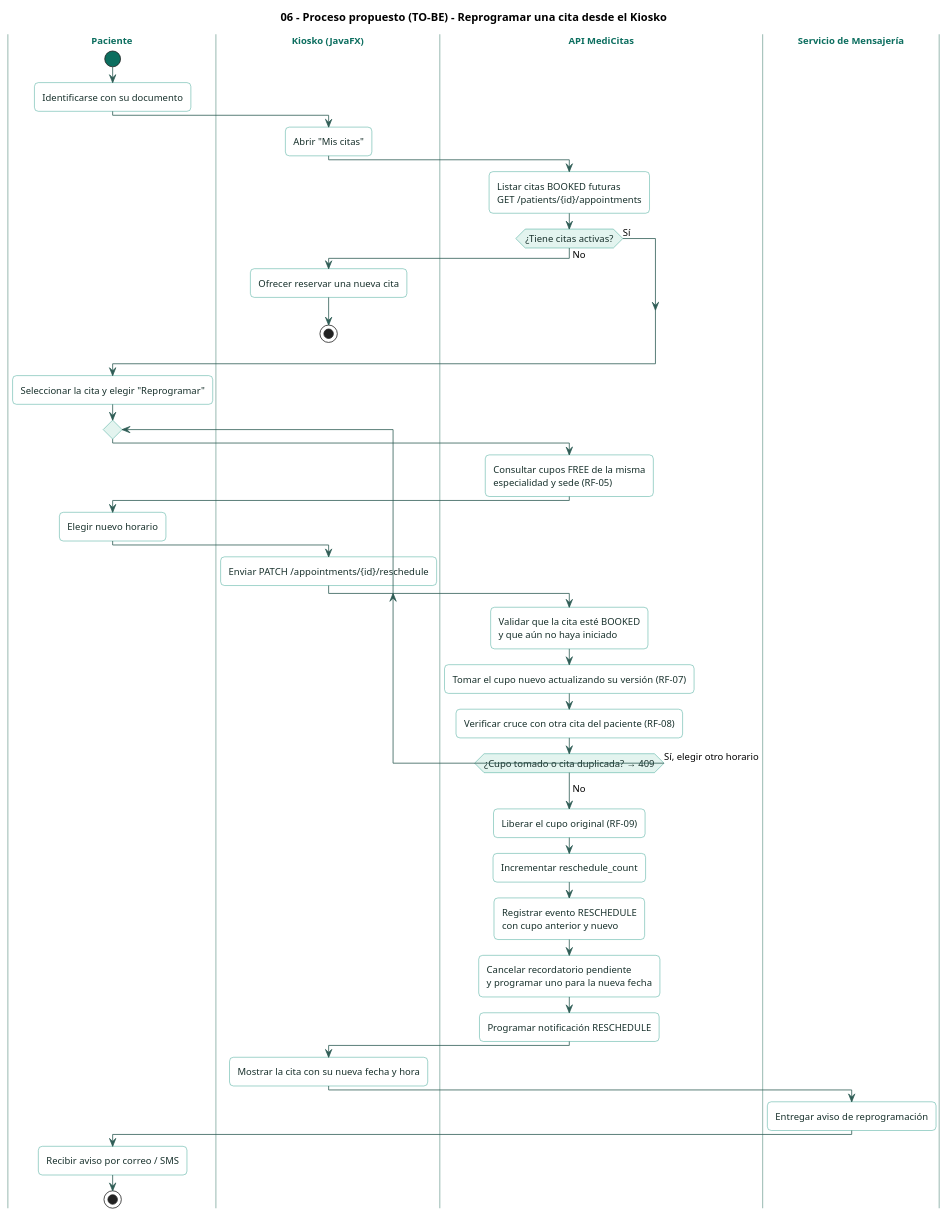
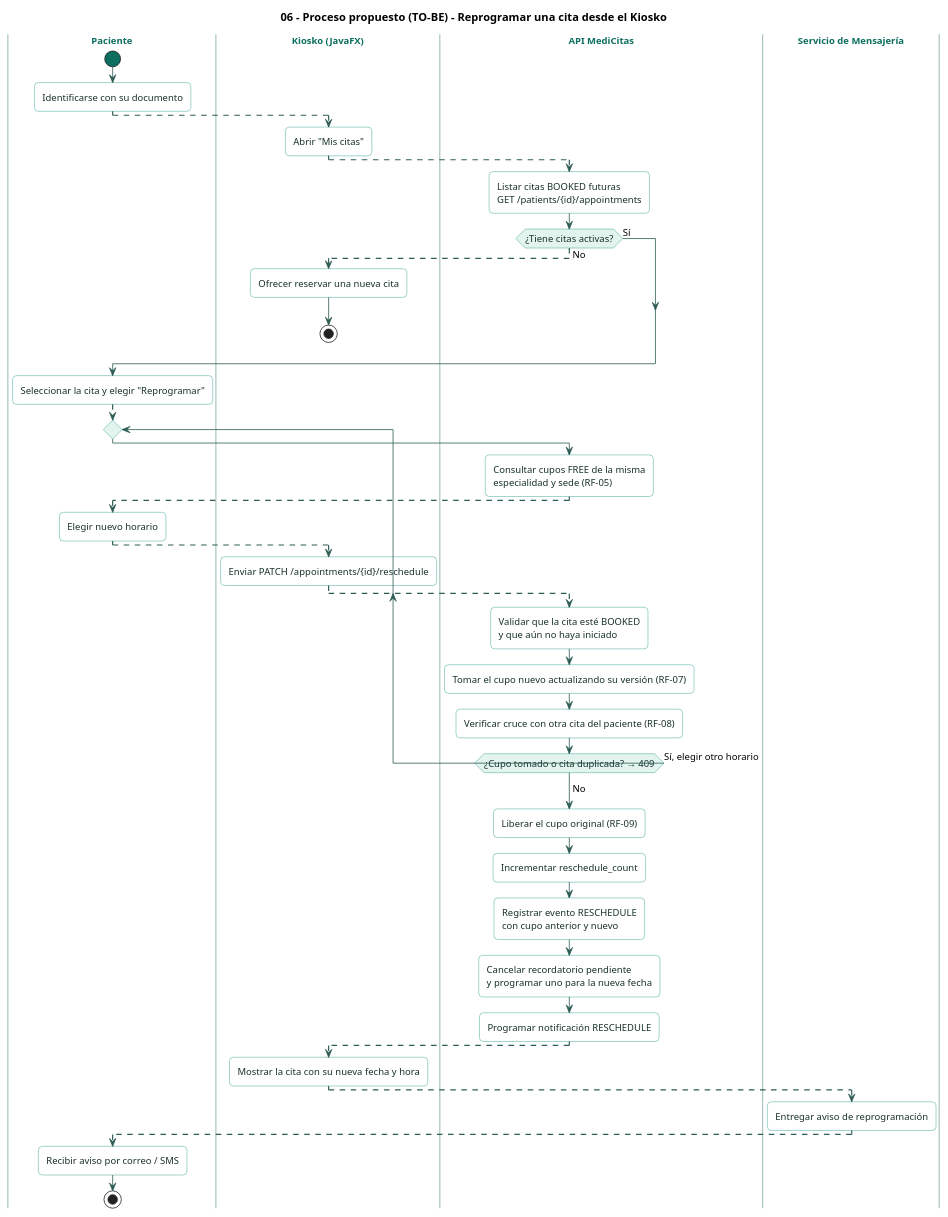
Before and after one commit to Jimena-CC/ProyectoCitasMedicas: the diagram in docs/diagrams/06-process-reschedule.puml, drawn with PlantUML. The commit also changed 8 other files, not shown here.

```diff
--- a/docs/diagrams/06-process-reschedule.puml
+++ b/docs/diagrams/06-process-reschedule.puml
@@ -1,88 +1,94 @@
 @startuml
 title 06 - Proceso propuesto (TO-BE) - Reprogramar una cita desde el Kiosko
 
 skinparam shadowing false
 skinparam roundCorner 10
 skinparam defaultFontName "Helvetica"
 skinparam defaultFontSize 12
 skinparam ArrowColor #2F5D56
 skinparam SwimlaneBorderColor #A9C4BD
 skinparam SwimlaneTitleFontColor #0C6E5F
 skinparam SwimlaneTitleFontStyle bold
 skinparam activity {
   BackgroundColor #FFFFFF
   BorderColor #13917D
   FontColor #17302B
   DiamondBackgroundColor #E3F4EF
   DiamondBorderColor #13917D
   StartColor #0C6E5F
   EndColor #0C6E5F
 }
 skinparam note {
   BackgroundColor #FFF8E6
   BorderColor #D9B45A
   FontColor #3D3321
 }
 
 ' Orden de los carriles
 |Paciente|
 |Kiosko (JavaFX)|
 |API MediCitas|
 |Servicio de Mensajería|
 
 |Paciente|
 start
 :Identificarse con su documento;
+-[#2F5D56,dashed]->
 
 |Kiosko (JavaFX)|
 :Abrir "Mis citas";
+-[#2F5D56,dashed]->
 
 |API MediCitas|
-:Listar citas BOOKED futuras
-GET /patients/{id}/appointments;
+:Listar citas BOOKED futuras\nGET /patients/{id}/appointments;
 
 if (¿Tiene citas activas?) then (No)
+  -[#2F5D56,dashed]->
   |Kiosko (JavaFX)|
   :Ofrecer reservar una nueva cita;
   stop
 else (Sí)
 endif
+-[#2F5D56,dashed]->
 
 |Paciente|
 :Seleccionar la cita y elegir "Reprogramar";
+-[#2F5D56,dashed]->
 
 repeat
   |API MediCitas|
-  :Consultar cupos FREE de la misma
-  especialidad y sede (RF-05);
+  :Consultar cupos FREE de la misma\nespecialidad y sede (RF-05);
+  -[#2F5D56,dashed]->
   |Paciente|
   :Elegir nuevo horario;
+  -[#2F5D56,dashed]->
   |Kiosko (JavaFX)|
   :Enviar PATCH /appointments/{id}/reschedule;
+  -[#2F5D56,dashed]->
   |API MediCitas|
-  :Validar que la cita esté BOOKED
-  y que aún no haya iniciado;
+  :Validar que la cita esté BOOKED\ny que aún no haya iniciado;
   :Tomar el cupo nuevo actualizando su versión (RF-07);
   :Verificar cruce con otra cita del paciente (RF-08);
 repeat while (¿Cupo tomado o cita duplicada? → 409) is (Sí, elegir otro horario)
 ->No;
 
 :Liberar el cupo original (RF-09);
 :Incrementar reschedule_count;
-:Registrar evento RESCHEDULE
-con cupo anterior y nuevo;
-:Cancelar recordatorio pendiente
-y programar uno para la nueva fecha;
+:Registrar evento RESCHEDULE\ncon cupo anterior y nuevo;
+:Cancelar recordatorio pendiente\ny programar uno para la nueva fecha;
 :Programar notificación RESCHEDULE;
+-[#2F5D56,dashed]->
 
 |Kiosko (JavaFX)|
 :Mostrar la cita con su nueva fecha y hora;
+-[#2F5D56,dashed]->
 
 |Servicio de Mensajería|
 :Entregar aviso de reprogramación;
+-[#2F5D56,dashed]->
 
 |Paciente|
 :Recibir aviso por correo / SMS;
 stop
 
 @enduml
```
